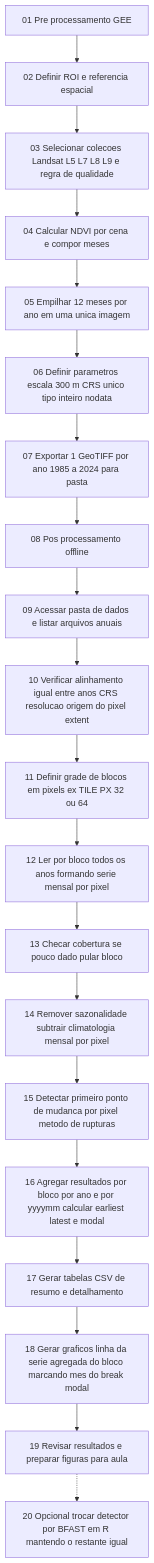
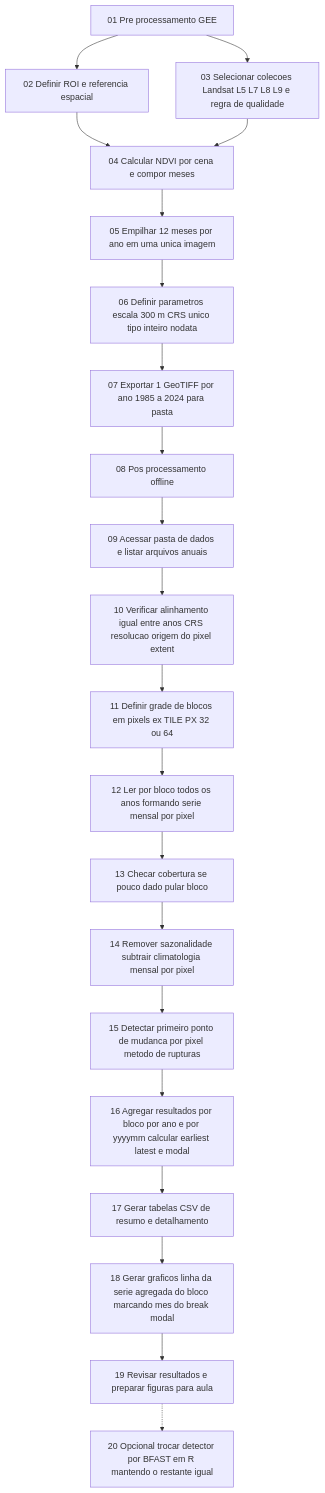
Before and after one commit to CheilaBaiao/GEE_SR: the diagram in README.md, drawn with Mermaid.

````diff
--- a/README.md
+++ b/README.md
@@ -1,23 +1,24 @@
 ```mermaid
 graph TD
   A00[01 Pre processamento GEE] --> A01[02 Definir ROI e referencia espacial]
-  A01 --> A02[03 Selecionar colecoes Landsat L5 L7 L8 L9 e regra de qualidade]
+  A00 --> A02[03 Selecionar colecoes Landsat L5 L7 L8 L9 e regra de qualidade]
+  A01 --> A03[04 Calcular NDVI por cena e compor meses]
   A02 --> A03[04 Calcular NDVI por cena e compor meses]
   A03 --> A04[05 Empilhar 12 meses por ano em uma unica imagem]
   A04 --> A05[06 Definir parametros escala 300 m CRS unico tipo inteiro nodata]
   A05 --> A06[07 Exportar 1 GeoTIFF por ano 1985 a 2024 para pasta]
   A06 --> B00[08 Pos processamento offline]
 
   B00[08 Pos processamento offline] --> B01[09 Acessar pasta de dados e listar arquivos anuais]
   B01 --> B02[10 Verificar alinhamento igual entre anos CRS resolucao origem do pixel extent]
   B02 --> B03[11 Definir grade de blocos em pixels ex TILE PX 32 ou 64]
   B03 --> B04[12 Ler por bloco todos os anos formando serie mensal por pixel]
   B04 --> B05[13 Checar cobertura se pouco dado pular bloco]
   B05 --> B06[14 Remover sazonalidade subtrair climatologia mensal por pixel]
   B06 --> B07[15 Detectar primeiro ponto de mudanca por pixel metodo de rupturas]
   B07 --> B08[16 Agregar resultados por bloco por ano e por yyyymm calcular earliest latest e modal]
   B08 --> B09[17 Gerar tabelas CSV de resumo e detalhamento]
   B09 --> B10[18 Gerar graficos linha da serie agregada do bloco marcando mes do break modal]
   B10 --> B11[19 Revisar resultados e preparar figuras para aula]
   B11 -.-> C00[20 Opcional trocar detector por BFAST em R mantendo o restante igual]
 ```
````
